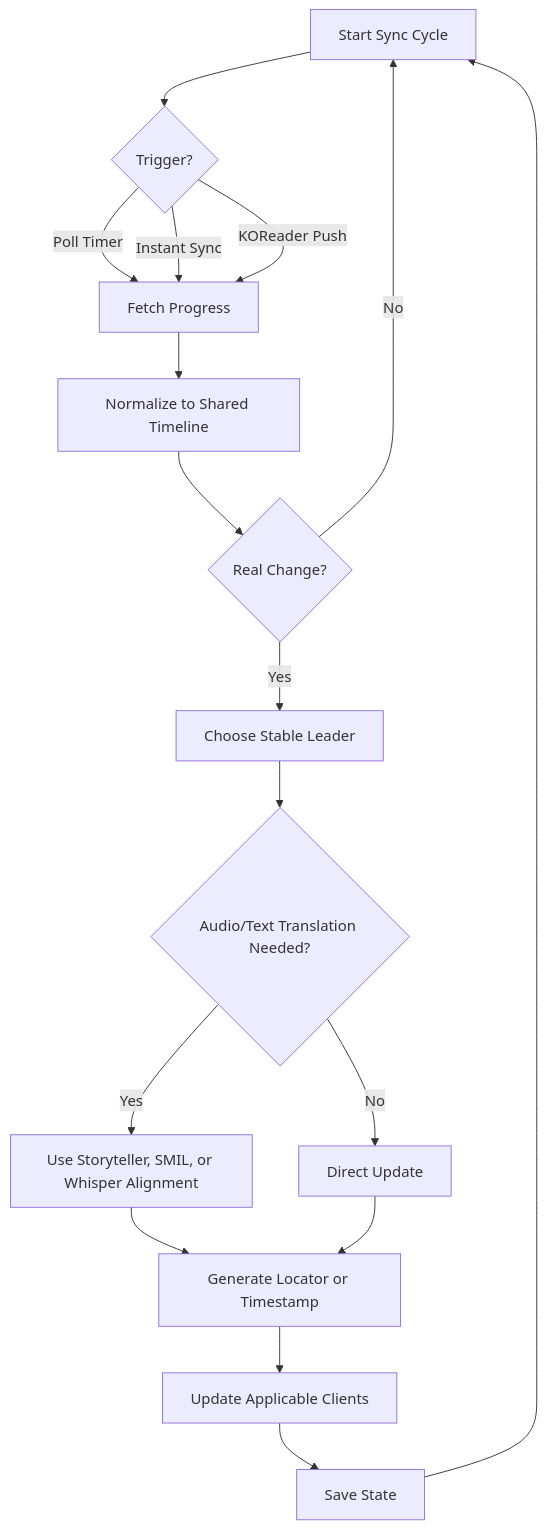
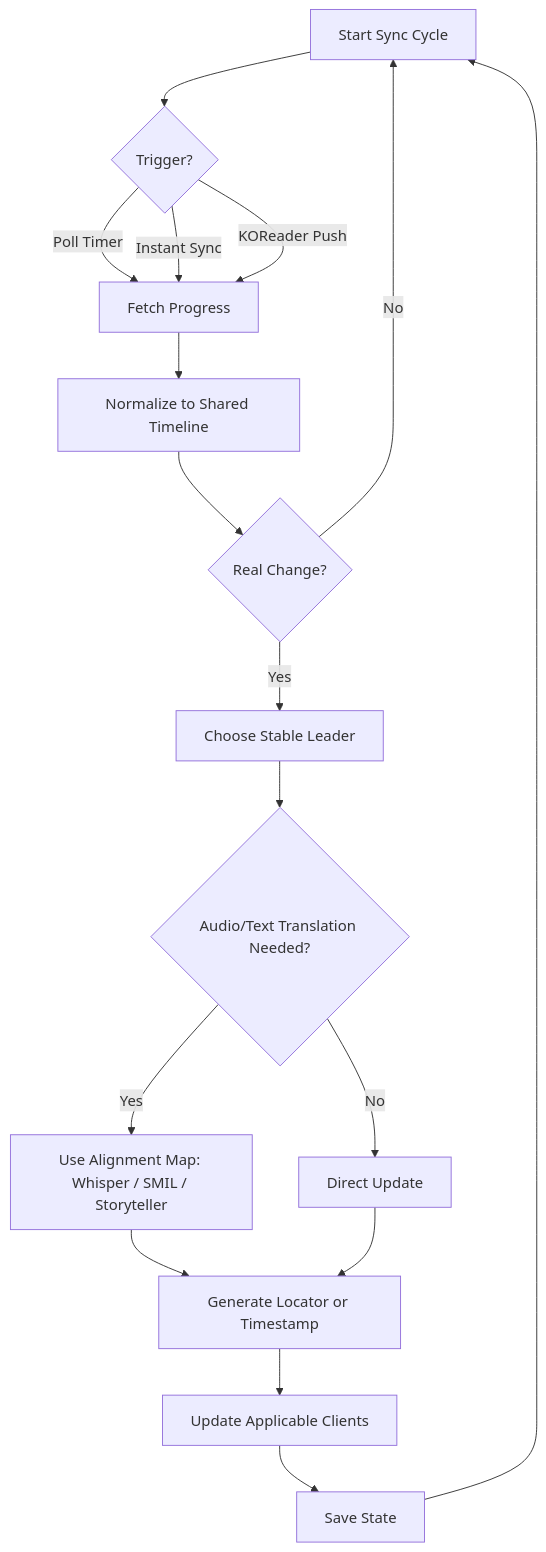
Before and after one commit to ykpdang/bookbridge: the diagram in docs/index.md, drawn with Mermaid. The commit also changed other lines of this file and 5 other files, not shown here.

````diff
--- a/docs/index.md
+++ b/docs/index.md
@@ -84,19 +97,19 @@
 ```mermaid
 graph TD
     A[Start Sync Cycle] --> B{Trigger?}
     B -->|Poll Timer| C[Fetch Progress]
     B -->|Instant Sync| C
     B -->|KOReader Push| C
     C --> D[Normalize to Shared Timeline]
     D --> E{Real Change?}
     E -->|No| A
     E -->|Yes| F[Choose Stable Leader]
     F --> G{Audio/Text Translation Needed?}
-    G -->|Yes| H[Use Storyteller, SMIL, or Whisper Alignment]
+    G -->|Yes| H[Use Alignment Map: Whisper / SMIL / Storyteller]
     G -->|No| I[Direct Update]
     H --> J[Generate Locator or Timestamp]
     I --> J
     J --> K[Update Applicable Clients]
     K --> L[Save State]
     L --> A
 ```
````
